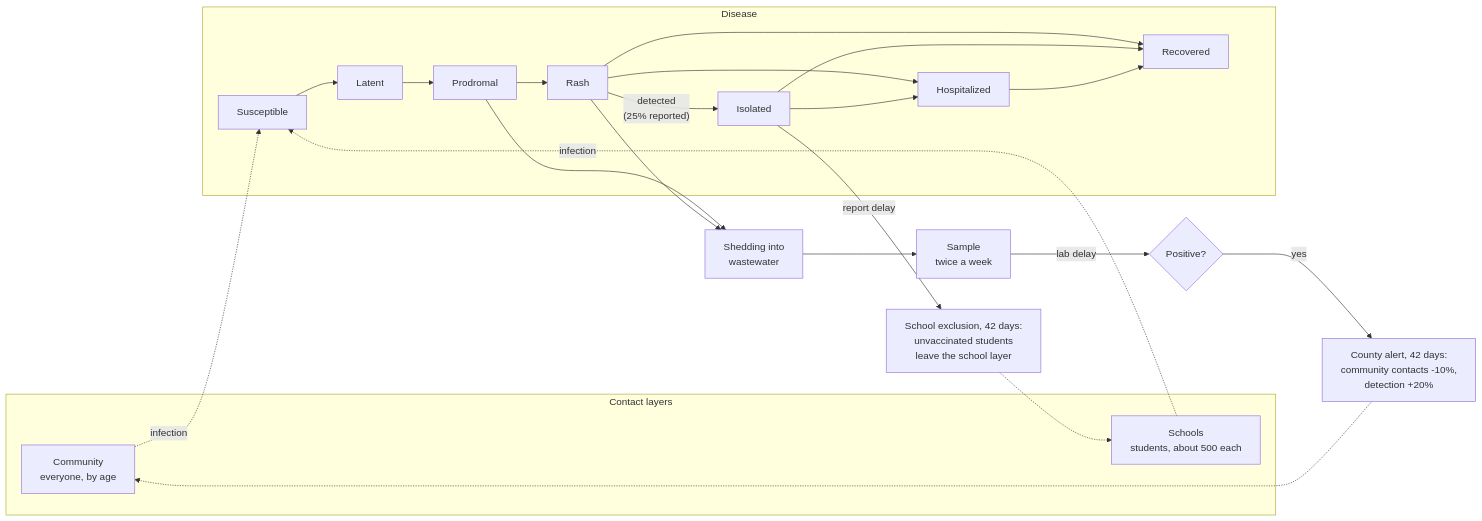
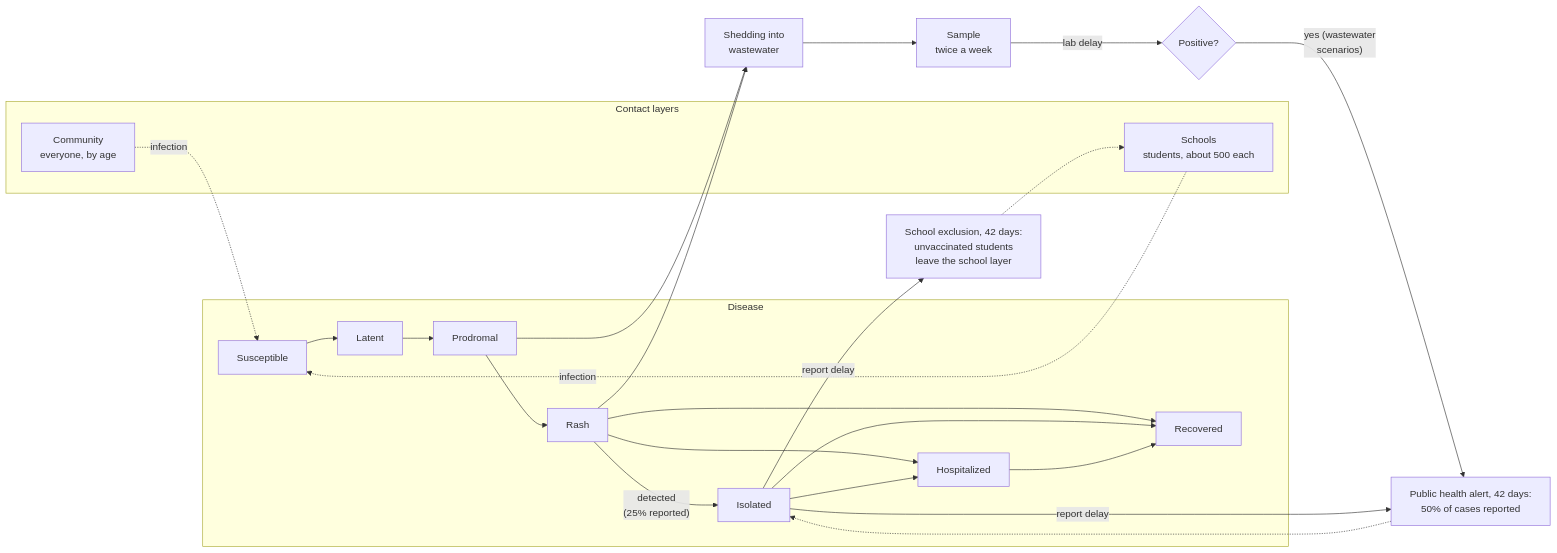
Before and after one commit to EpiForeSITE/wastewater-econ-abm: the diagram in README.md, drawn with Mermaid. The commit also changed other lines of this file and 27 other files, not shown here.

First line of the commit message:
Use one public health alert in every scenario

````diff
--- a/README.md
+++ b/README.md
@@ -38,29 +41,30 @@
 ```mermaid
 flowchart LR
   subgraph contacts [Contact layers]
     C[Community<br/>everyone, by age]
     Sch[Schools<br/>students, about 500 each]
   end
 
   subgraph disease [Disease]
     S[Susceptible] --> L[Latent] --> P[Prodromal] --> R[Rash]
     R -->|"detected<br/>(25% reported)"| I[Isolated]
     R --> H[Hospitalized]
     I --> H
     R --> Rec[Recovered]
     I --> Rec
     H --> Rec
   end
 
   C -. infection .-> S
   Sch -. infection .-> S
 
   P --> Shed[Shedding into<br/>wastewater]
   R --> Shed
   Shed --> Sample[Sample<br/>twice a week] -->|lab delay| Pos{Positive?}
-  Pos -->|yes| Alert["County alert, 42 days:<br/>community contacts -10%,<br/>detection +20%"]
-  Alert -.-> C
+  Pos -->|"yes (wastewater<br/>scenarios)"| Alert["Public health alert, 42 days:<br/>50% of cases reported"]
+  Alert -.-> I
 
+  I -->|report delay| Alert
   I -->|report delay| Excl["School exclusion, 42 days:<br/>unvaccinated students<br/>leave the school layer"]
   Excl -.-> Sch
 ```
````
